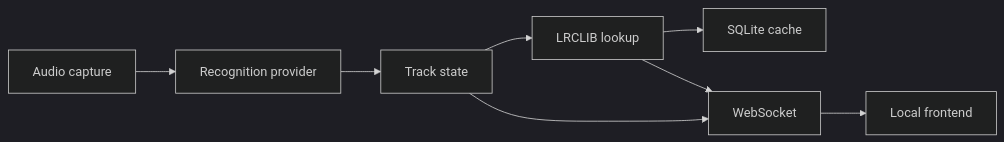
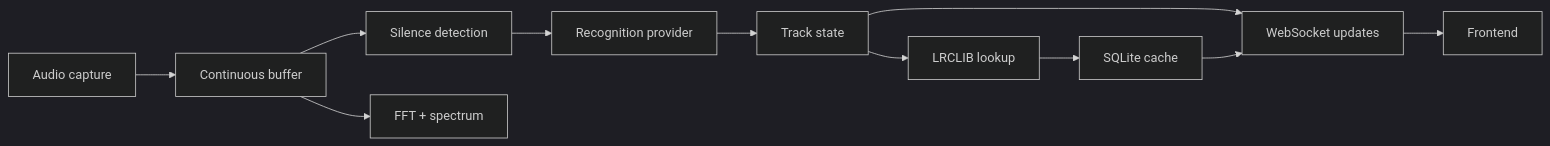
One commit to miausalvaje/VinylSync changed the diagram in README.md. Above: the diagram before and after it, drawn with Mermaid (dark theme). The commit also changed other lines of this file and 43 other files, not shown here.

````diff
--- a/README.md
+++ b/README.md
@@ -25,10 +23,13 @@
 ```mermaid
 flowchart LR
-    A[Audio capture] --> B[Recognition provider]
-    B --> C[Track state]
-    C --> D[LRCLIB lookup]
-    D --> E[SQLite cache]
-    C --> F[WebSocket]
-    D --> F
-    F --> G[Local frontend]
+    A[Audio capture] --> B[Continuous buffer]
+    B --> C[Silence detection]
+    B --> D[FFT + spectrum]
+    C --> E[Recognition provider]
+    E --> F[Track state]
+    F --> G[LRCLIB lookup]
+    G --> H[SQLite cache]
+    F --> I[WebSocket updates]
+    H --> I
+    I --> J[Frontend]
 ```
````
